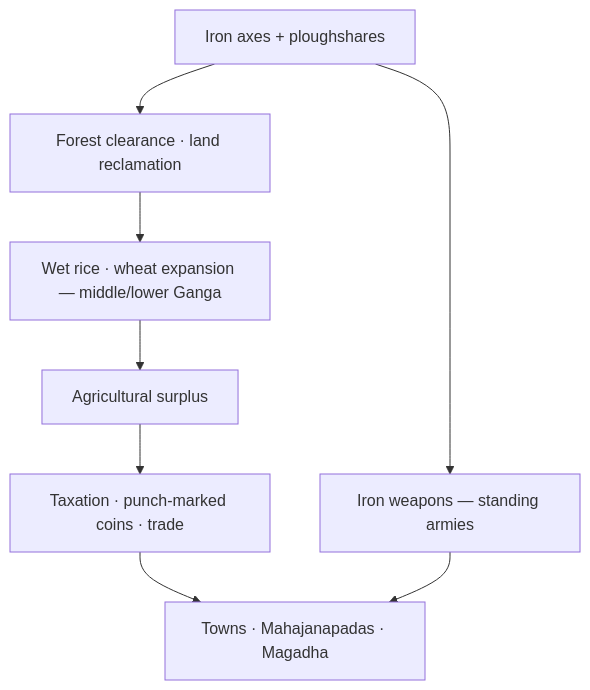
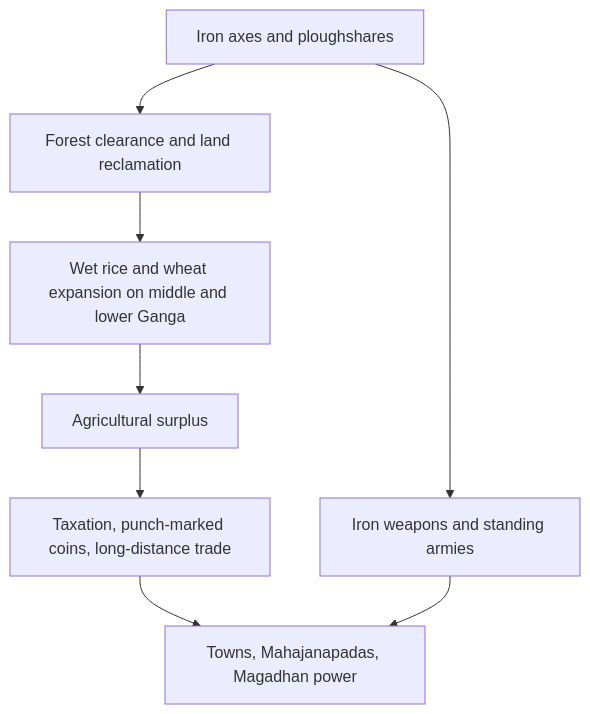
The diagram in mains-pyqs/GS-1/01_Art_Culture/11_Iron_Age_600_300_BCE.md (nitishpratap/UP-PCS), drawn with Mermaid before and after one commit. The commit also changed other lines of this file and 97 other files, not shown here.

````diff
--- a/mains-pyqs/GS-1/01_Art_Culture/11_Iron_Age_600_300_BCE.md
+++ b/mains-pyqs/GS-1/01_Art_Culture/11_Iron_Age_600_300_BCE.md
@@ -80,10 +74,10 @@
 ```mermaid
 flowchart TD
-  I[Iron axes + ploughshares] --> F[Forest clearance · land reclamation]
-  F --> A[Wet rice · wheat expansion — middle/lower Ganga]
+  I[Iron axes and ploughshares] --> F[Forest clearance and land reclamation]
+  F --> A[Wet rice and wheat expansion on middle and lower Ganga]
   A --> S[Agricultural surplus]
-  S --> T[Taxation · punch-marked coins · trade]
-  T --> U[Towns · Mahajanapadas · Magadha]
-  I --> W[Iron weapons — standing armies]
+  S --> T[Taxation, punch-marked coins, long-distance trade]
+  T --> U[Towns, Mahajanapadas, Magadhan power]
+  I --> W[Iron weapons and standing armies]
   W --> U
 ```
````
